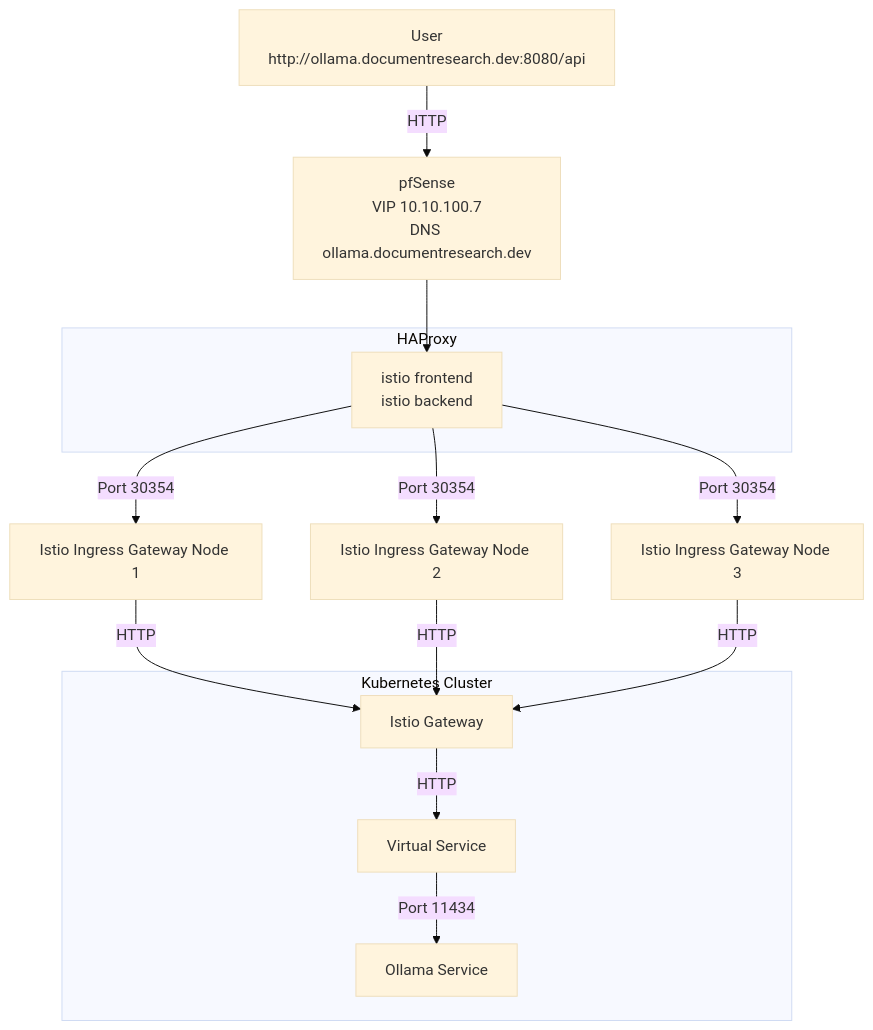
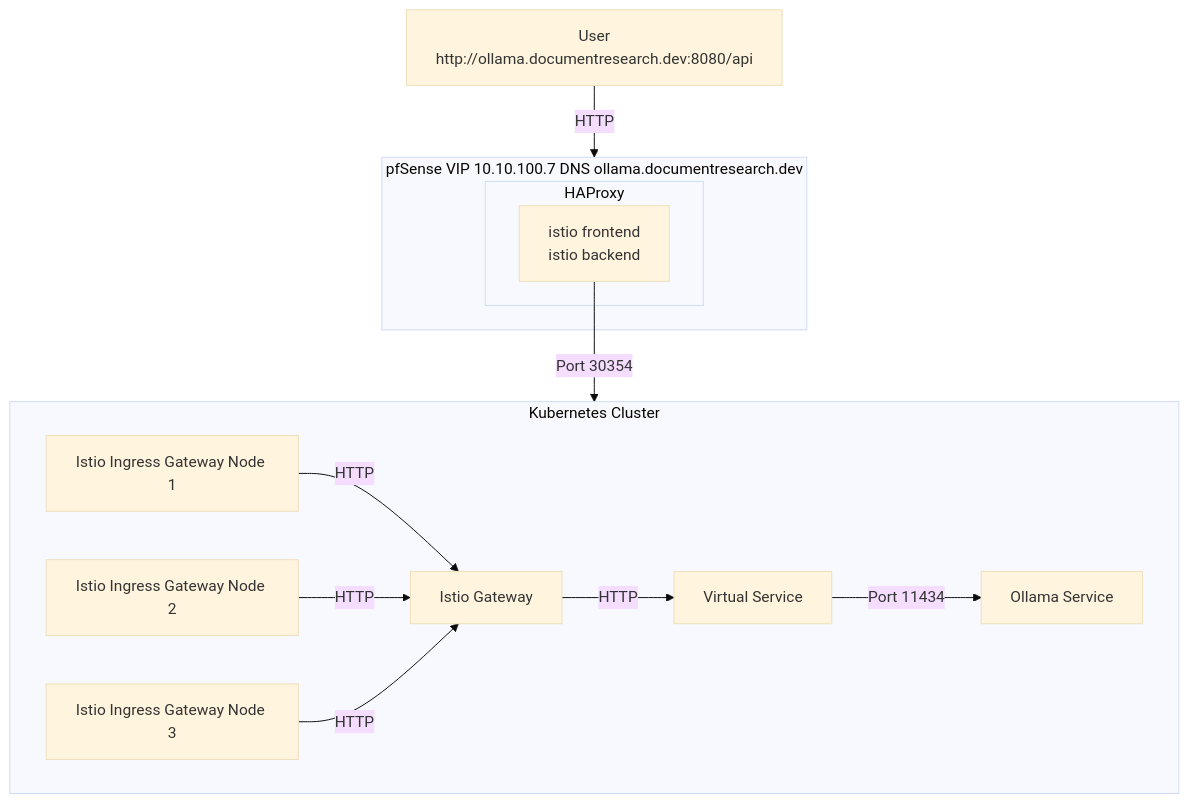
One commit to jtfogarty/RKE2 changed the diagram in docs/ollama-ingress.md. Above: the diagram before and after it, drawn with Mermaid (base theme).

````diff
--- a/docs/ollama-ingress.md
+++ b/docs/ollama-ingress.md
@@ -1,22 +1,25 @@
 ```mermaid
 graph TD
-    User[User\nhttp://ollama.documentresearch.dev:8080/api] -->|HTTP| PF[pfSense\nVIP 10.10.100.7\nDNS ollama.documentresearch.dev]
-    PF --> HAP
-    
-    subgraph HAProxy
-    HAP[istio frontend\nistio backend]
+    User[User\nhttp://ollama.documentresearch.dev:8080/api] -->|HTTP| PF
+
+    subgraph PF[pfSense VIP 10.10.100.7 DNS ollama.documentresearch.dev]
+        subgraph HAProxy
+        HAP[istio frontend\nistio backend]
+        end
     end
-    
-    HAP -->|Port 30354| IS1[Istio Ingress Gateway Node 1]
-    HAP -->|Port 30354| IS2[Istio Ingress Gateway Node 2]
-    HAP -->|Port 30354| IS3[Istio Ingress Gateway Node 3]
-    IS1 & IS2 & IS3 -->|HTTP| IG[Istio Gateway]
-    IG -->|HTTP| VS[Virtual Service]
-    VS -->|Port 11434| OL[Ollama Service]
-    
-    subgraph Kubernetes Cluster
-    IG
-    VS
-    OL
+
+    HAP -->|Port 30354| KC
+
+    subgraph KC[Kubernetes Cluster]
+        IS1[Istio Ingress Gateway Node 1]
+        IS2[Istio Ingress Gateway Node 2]
+        IS3[Istio Ingress Gateway Node 3]
+        IG[Istio Gateway]
+        VS[Virtual Service]
+        OL[Ollama Service]
+        
+        IS1 & IS2 & IS3 -->|HTTP| IG
+        IG -->|HTTP| VS
+        VS -->|Port 11434| OL
     end
 ```
````
